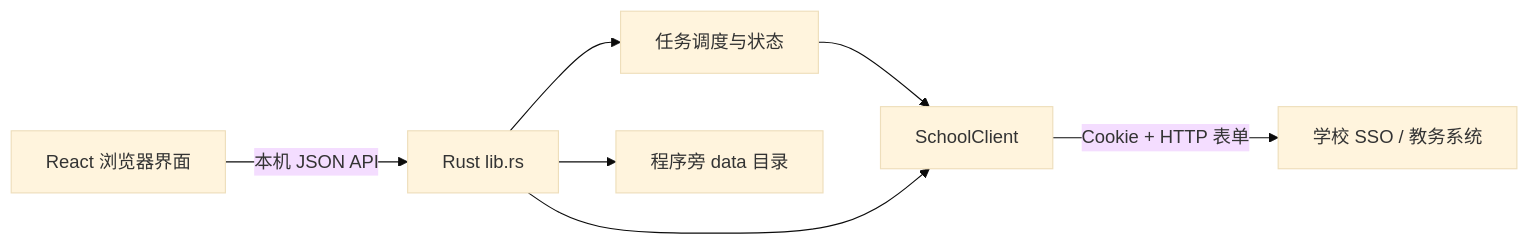
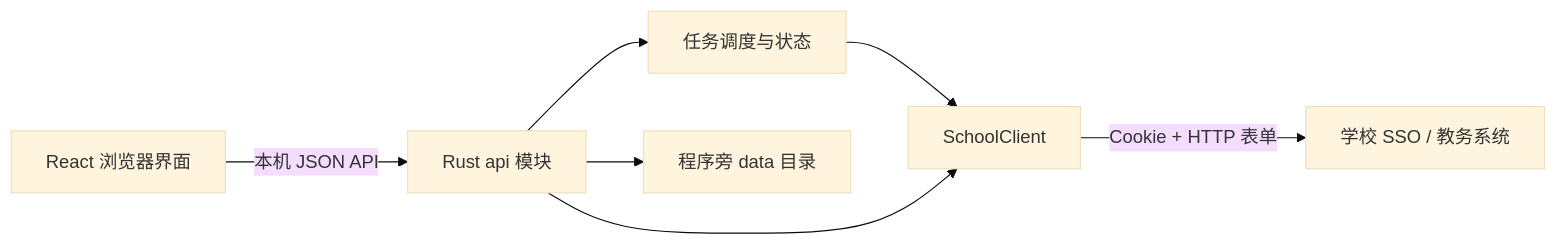
The diagram in docs/protocol-review.md (EnergyPower233/HDU-KillCourse-NEXT), drawn with Mermaid (base theme) before and after one commit. The commit also changed other lines of this file and 63 other files, not shown here.

````diff
--- a/docs/protocol-review.md
+++ b/docs/protocol-review.md
@@ -23,9 +23,9 @@
 ```mermaid
 flowchart LR
-    UI[React 浏览器界面] -->|本机 JSON API| API[Rust lib.rs]
+    UI[React 浏览器界面] -->|本机 JSON API| API[Rust api 模块]
     API --> S[任务调度与状态]
     S --> C[SchoolClient]
     API --> C
     C -->|Cookie + HTTP 表单| JW[学校 SSO / 教务系统]
     API --> D[程序旁 data 目录]
 ```
````
